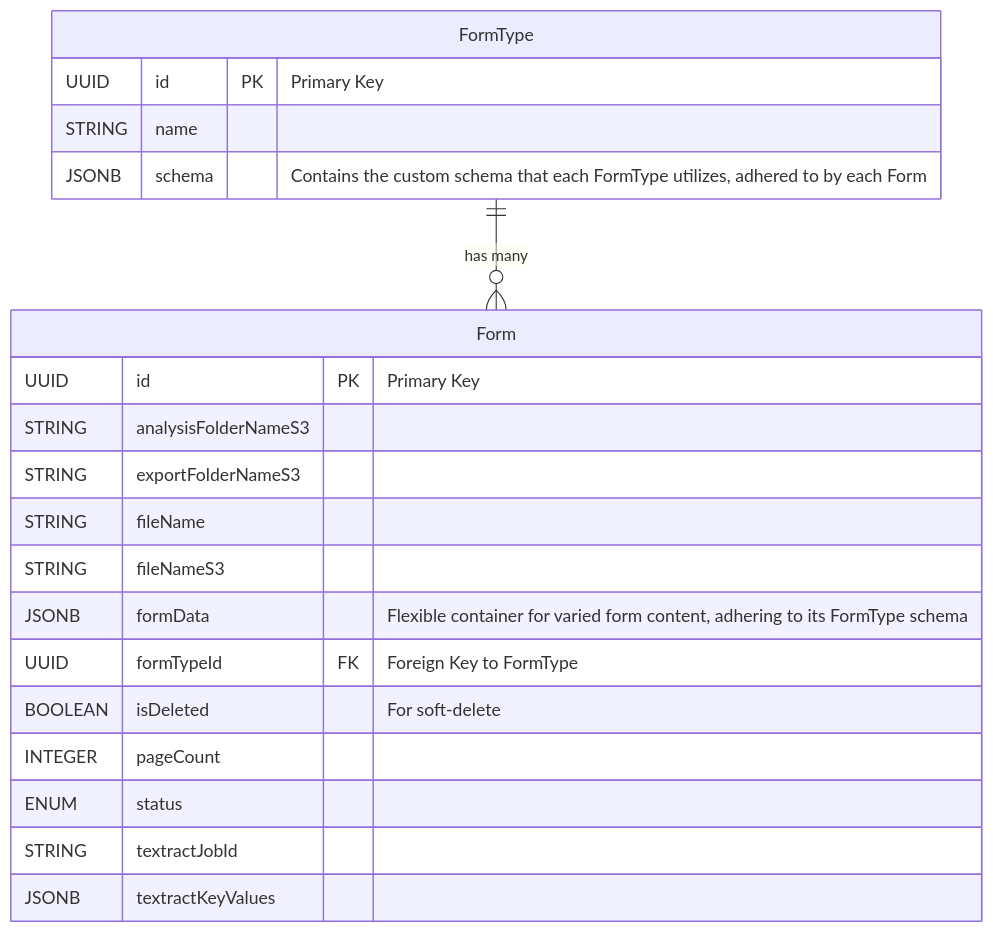
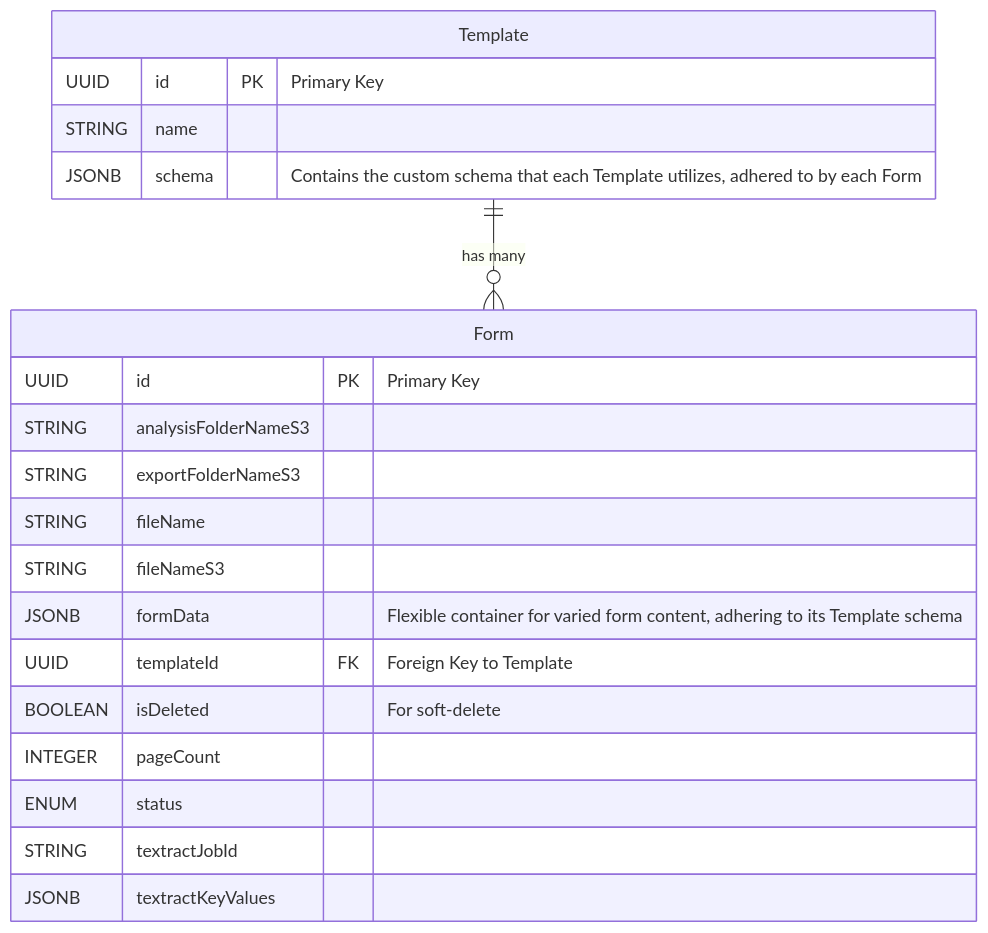
Before and after one commit to rob-mosher/form-toolbox-app: the third of 4 diagrams in README.md, drawn with Mermaid. The commit also changed other lines of this file and 26 other files, not shown here.

````diff
--- a/README.md
+++ b/README.md
@@ -115,25 +115,25 @@
 ```mermaid
 erDiagram
-  FormType {
-    UUID id PK "Primary Key"
-    STRING name
-    JSONB schema "Contains the custom schema that each FormType utilizes, adhered to by each Form"
-  }
-
   Form {
     UUID id PK "Primary Key"
     STRING analysisFolderNameS3
     STRING exportFolderNameS3
     STRING fileName
     STRING fileNameS3
-    JSONB formData "Flexible container for varied form content, adhering to its FormType schema"
-    UUID formTypeId FK "Foreign Key to FormType"
+    JSONB formData "Flexible container for varied form content, adhering to its Template schema"
+    UUID templateId FK "Foreign Key to Template"
     BOOLEAN isDeleted "For soft-delete"
     INTEGER pageCount
     ENUM status
     STRING textractJobId
     JSONB textractKeyValues
   }
 
-FormType ||--o{ Form : "has many"
+  Template {
+    UUID id PK "Primary Key"
+    STRING name
+    JSONB schema "Contains the custom schema that each Template utilizes, adhered to by each Form"
+  }
+
+Template ||--o{ Form : "has many"
 ```
````
